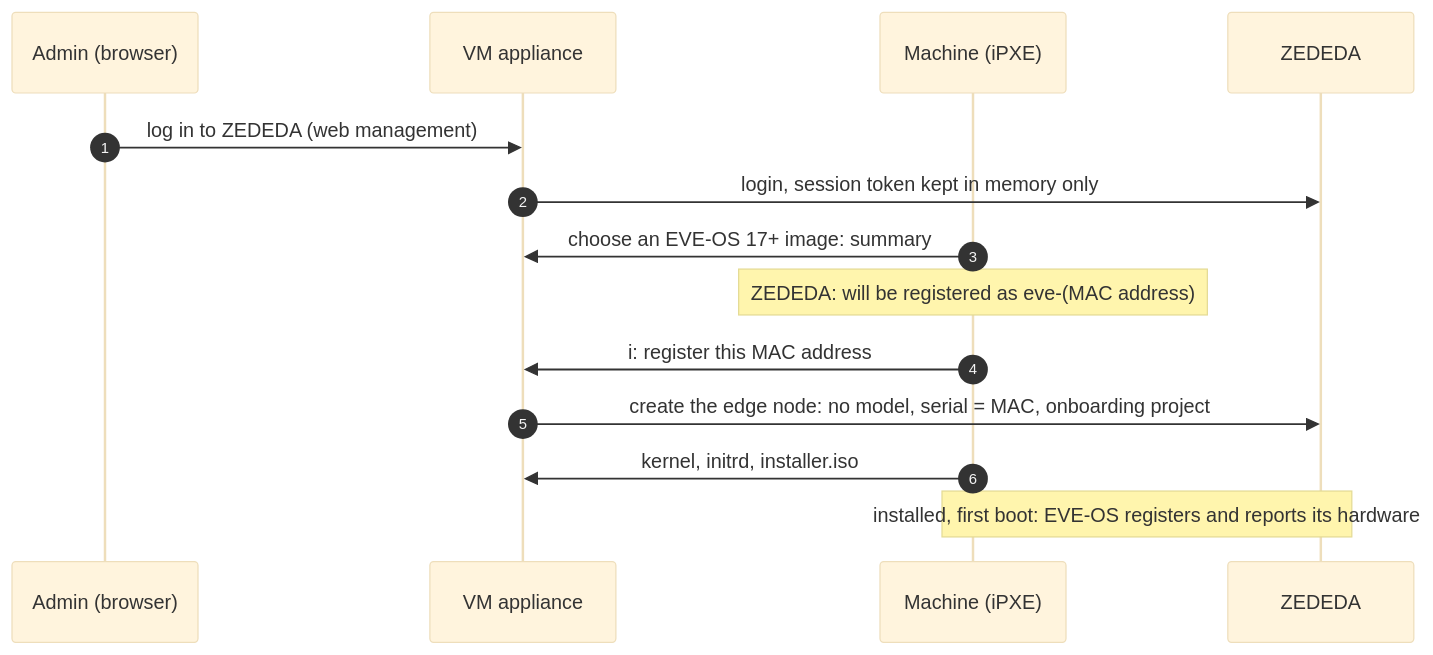
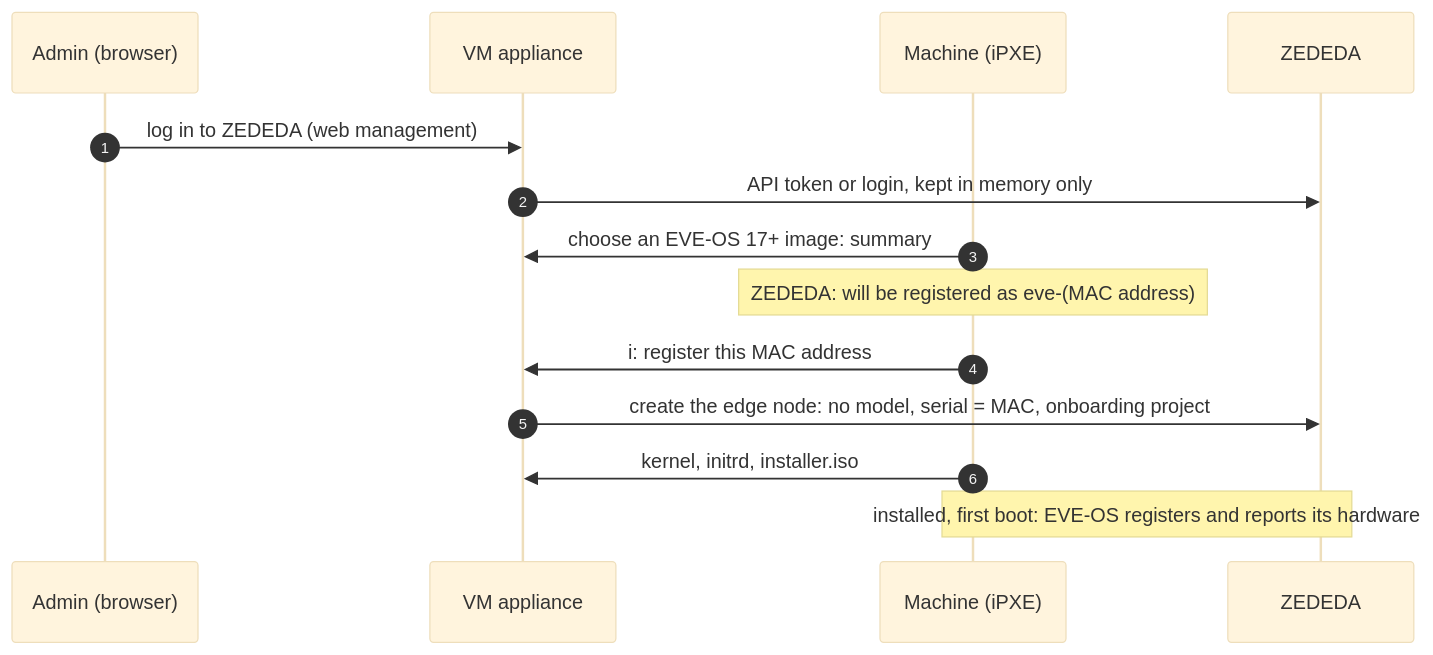
The second of 2 diagrams in README.md (michiel-zededa/eve-netboot-installer), drawn with Mermaid (base theme) before and after one commit. The commit also changed other lines of this file and 18 other files, not shown here.

First line of the commit message:
fix(vm): an API token needs no ZEDEDA user or enterprise

````diff
--- a/README.md
+++ b/README.md
@@ -134,16 +134,16 @@
 ```mermaid
 sequenceDiagram
     autonumber
     participant A as Admin (browser)
     participant V as VM appliance
     participant C as Machine (iPXE)
     participant Z as ZEDEDA
     A->>V: log in to ZEDEDA (web management)
-    V->>Z: login, session token kept in memory only
+    V->>Z: API token or login, kept in memory only
     C->>V: choose an EVE-OS 17+ image: summary
     Note over C: ZEDEDA: will be registered as eve-(MAC address)
     C->>V: i: register this MAC address
     V->>Z: create the edge node: no model, serial = MAC, onboarding project
     C->>V: kernel, initrd, installer.iso
     Note over C,Z: installed, first boot: EVE-OS registers and reports its hardware
 ```
````
